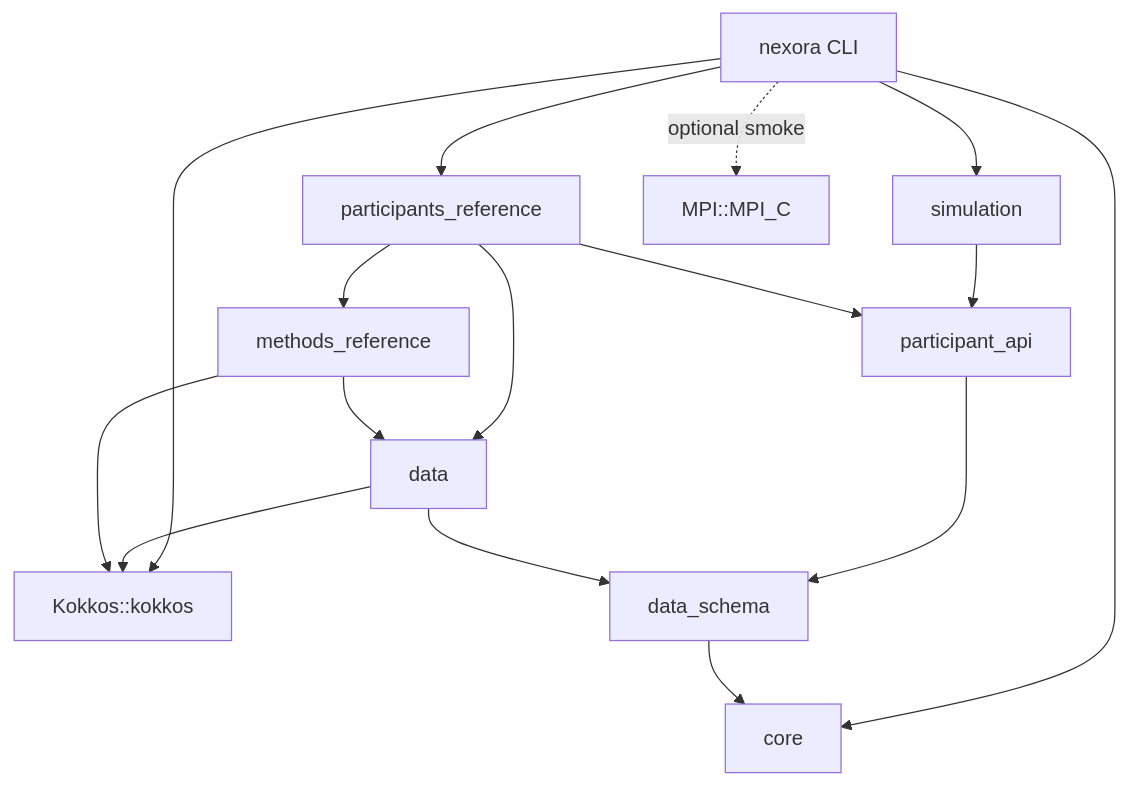
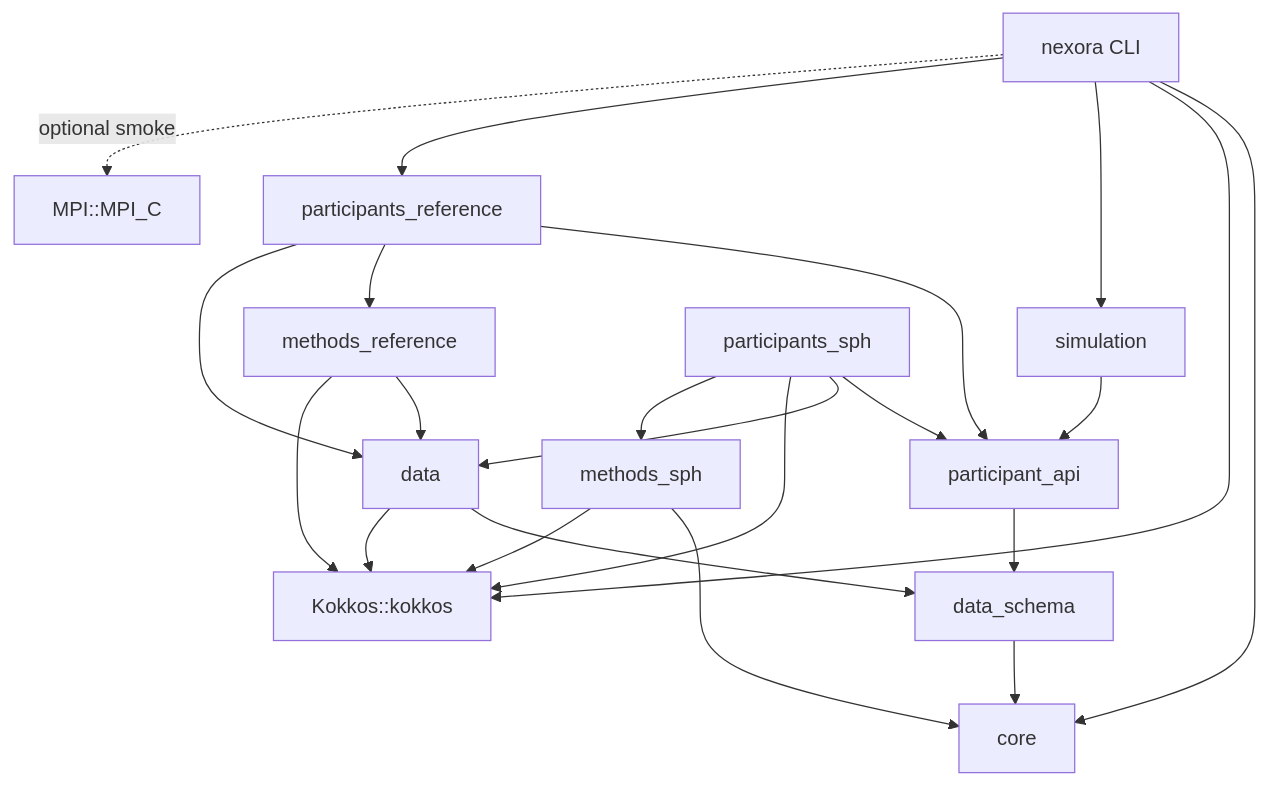
One commit to joe-cheung-cae/nexora changed the first of 3 diagrams in docs/architecture/overview.md. Above: the diagram before and after it, drawn with Mermaid. The commit also changed other lines of this file and 26 other files, not shown here.

````diff
--- a/docs/architecture/overview.md
+++ b/docs/architecture/overview.md
@@ -49,18 +51,24 @@
 ```mermaid
 flowchart TD
   CLI["nexora CLI"] --> C["core"]
   CLI --> K["Kokkos::kokkos"]
   CLI --> S
   CLI --> R
   CLI -. optional smoke .-> MPI["MPI::MPI_C"]
   S["simulation"] --> P["participant_api"]
   P --> DS["data_schema"]
   DS --> C
   F["data"] --> DS
   F --> K
   R["participants_reference"] --> P
   R --> M["methods_reference"]
   R --> F
   M --> F
   M --> K
+  SP["participants_sph"] --> P
+  SP --> F
+  SP --> K
+  SP --> SM["methods_sph"]
+  SM --> C
+  SM --> K
 ```
````
